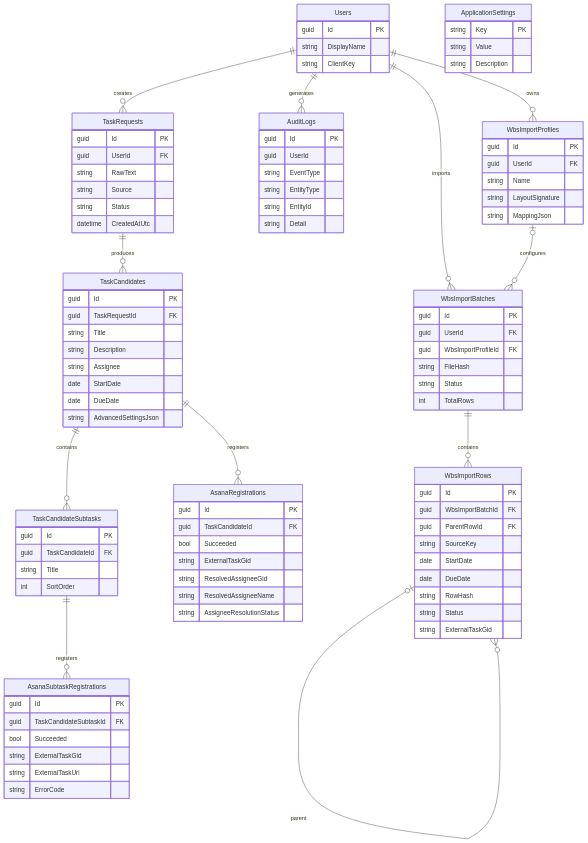
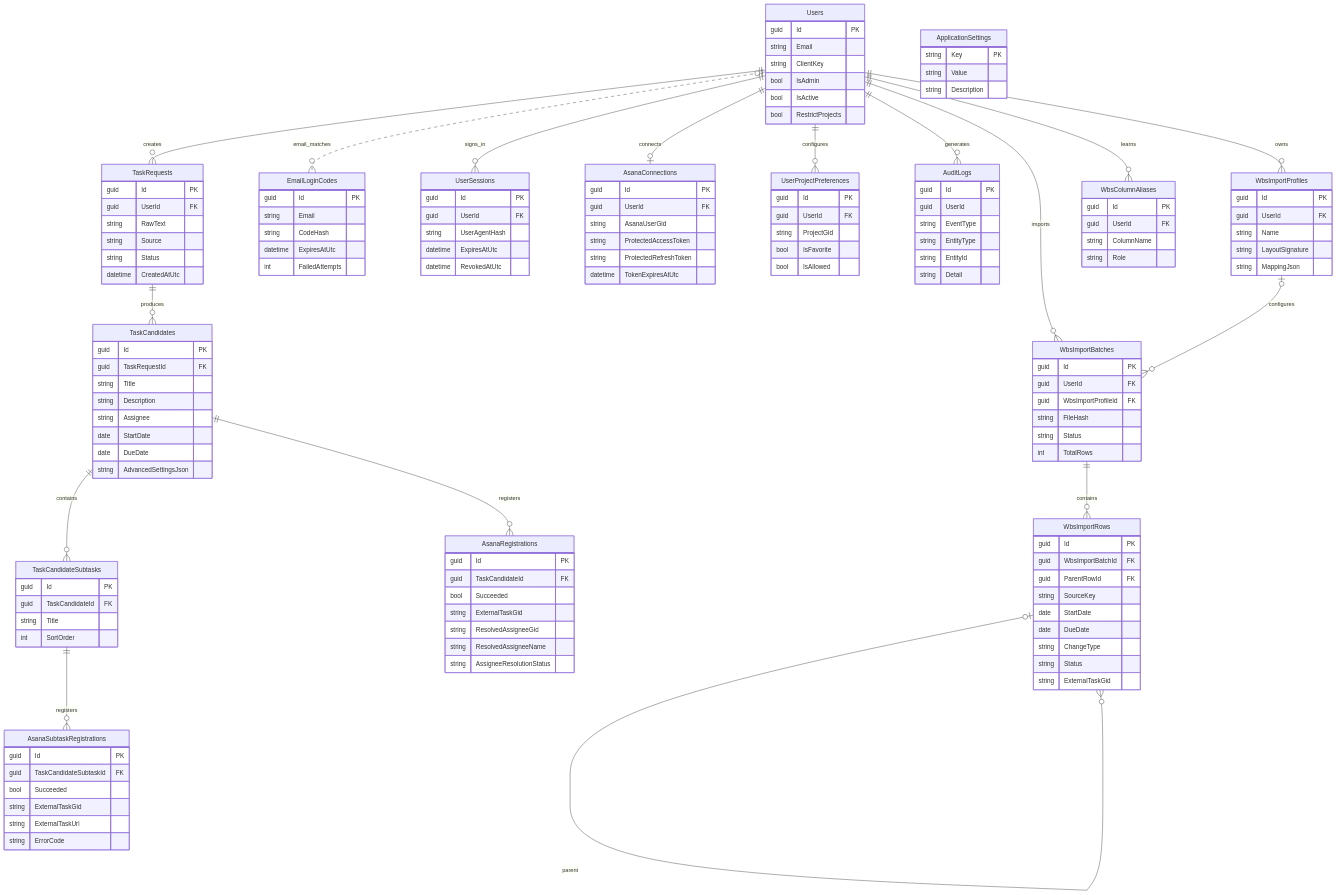
The second of 4 diagrams in ARCHITECTURE.md (onishichimaki/Asana_App), drawn with Mermaid before and after one commit. The commit also changed other lines of this file and 80 other files, not shown here.

````diff
--- a/ARCHITECTURE.md
+++ b/ARCHITECTURE.md
@@ -62,26 +77,36 @@
 ```mermaid
 erDiagram
     Users ||--o{ TaskRequests : creates
+    Users o|..o{ EmailLoginCodes : email_matches
+    Users ||--o{ UserSessions : signs_in
+    Users ||--o| AsanaConnections : connects
+    Users ||--o{ UserProjectPreferences : configures
     TaskRequests ||--o{ TaskCandidates : produces
     TaskCandidates ||--o{ TaskCandidateSubtasks : contains
     TaskCandidates ||--o{ AsanaRegistrations : registers
     TaskCandidateSubtasks ||--o{ AsanaSubtaskRegistrations : registers
     Users ||--o{ AuditLogs : generates
     Users ||--o{ WbsImportProfiles : owns
+    Users ||--o{ WbsColumnAliases : learns
     Users ||--o{ WbsImportBatches : imports
     WbsImportProfiles o|--o{ WbsImportBatches : configures
     WbsImportBatches ||--o{ WbsImportRows : contains
     WbsImportRows o|--o{ WbsImportRows : parent
 
-    Users { guid Id PK string DisplayName string ClientKey }
+    Users { guid Id PK string Email string ClientKey bool IsAdmin bool IsActive bool RestrictProjects }
+    EmailLoginCodes { guid Id PK string Email string CodeHash datetime ExpiresAtUtc int FailedAttempts }
+    UserSessions { guid Id PK guid UserId FK string UserAgentHash datetime ExpiresAtUtc datetime RevokedAtUtc }
+    AsanaConnections { guid Id PK guid UserId FK string AsanaUserGid string ProtectedAccessToken string ProtectedRefreshToken datetime TokenExpiresAtUtc }
+    UserProjectPreferences { guid Id PK guid UserId FK string ProjectGid bool IsFavorite bool IsAllowed }
     TaskRequests { guid Id PK guid UserId FK string RawText string Source string Status datetime CreatedAtUtc }
     TaskCandidates { guid Id PK guid TaskRequestId FK string Title string Description string Assignee date StartDate date DueDate string AdvancedSettingsJson }
     TaskCandidateSubtasks { guid Id PK guid TaskCandidateId FK string Title int SortOrder }
     AsanaRegistrations { guid Id PK guid TaskCandidateId FK bool Succeeded string ExternalTaskGid string ResolvedAssigneeGid string ResolvedAssigneeName string AssigneeResolutionStatus }
     AsanaSubtaskRegistrations { guid Id PK guid TaskCandidateSubtaskId FK bool Succeeded string ExternalTaskGid string ExternalTaskUrl string ErrorCode }
     ApplicationSettings { string Key PK string Value string Description }
     AuditLogs { guid Id PK guid UserId string EventType string EntityType string EntityId string Detail }
     WbsImportProfiles { guid Id PK guid UserId FK string Name string LayoutSignature string MappingJson }
+    WbsColumnAliases { guid Id PK guid UserId FK string ColumnName string Role }
     WbsImportBatches { guid Id PK guid UserId FK guid WbsImportProfileId FK string FileHash string Status int TotalRows }
-    WbsImportRows { guid Id PK guid WbsImportBatchId FK guid ParentRowId FK string SourceKey date StartDate date DueDate string RowHash string Status string ExternalTaskGid }
+    WbsImportRows { guid Id PK guid WbsImportBatchId FK guid ParentRowId FK string SourceKey date StartDate date DueDate string ChangeType string Status string ExternalTaskGid }
 ```
````
